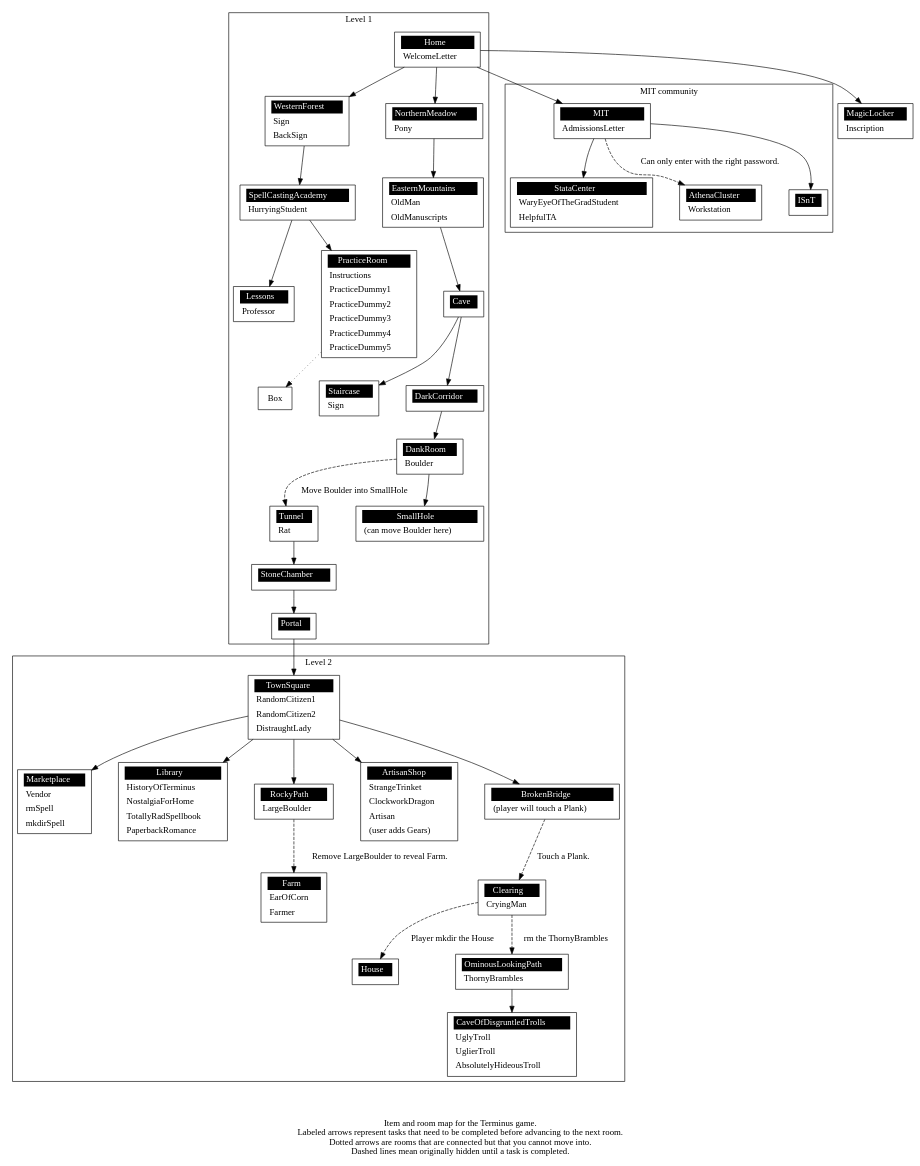
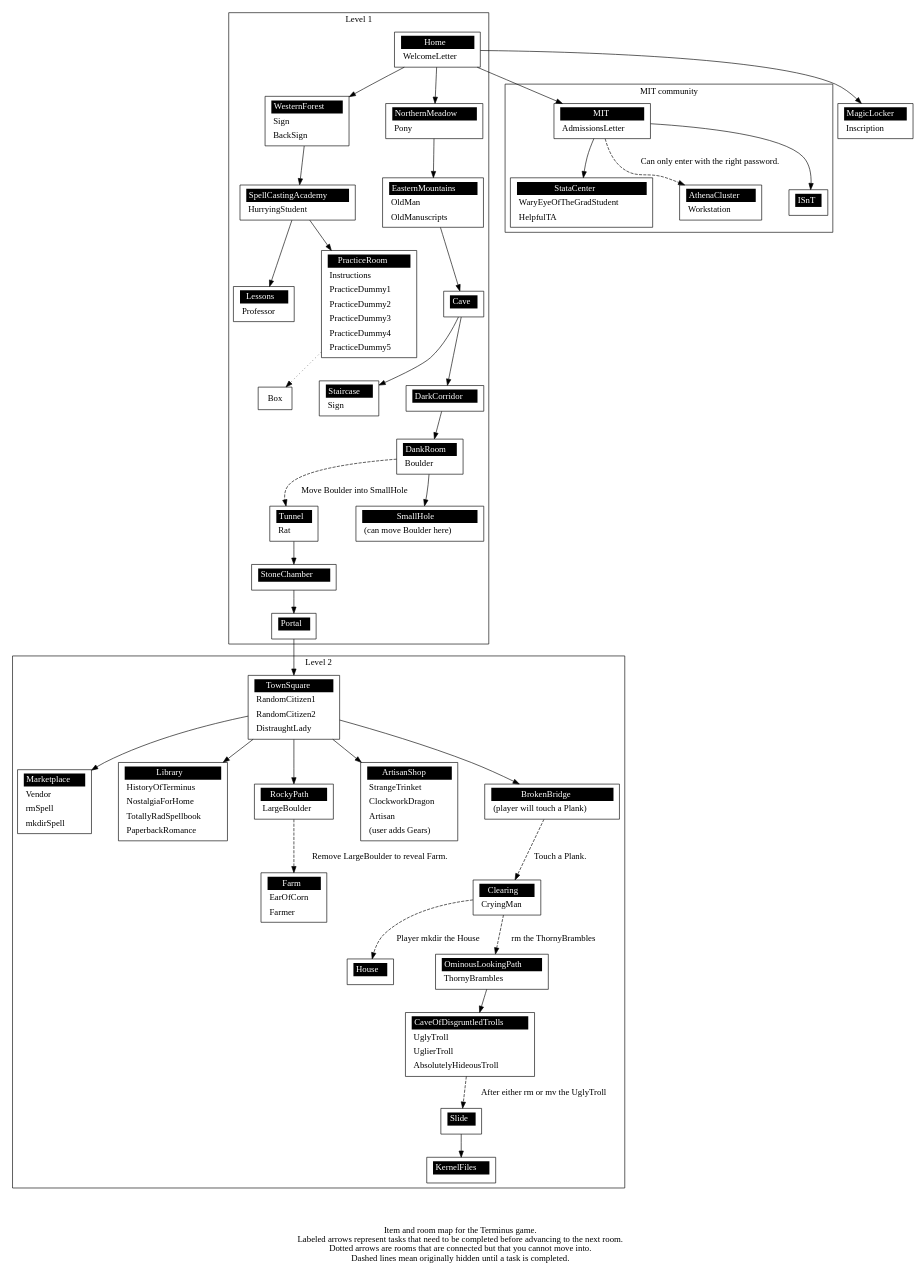
The diagram in docs/level_map.gv (mprat/Terminus), drawn with Graphviz before and after one commit. The commit also changed 4 other files, not shown here.

Commit message:
slide and kernel files set up with ugly troll

```diff
--- a/docs/level_map.gv
+++ b/docs/level_map.gv
@@ -215,6 +215,18 @@
 	<tr><td align="left" port="r0">Inscription</td></tr>
 	</table>>];
 
+	"Slide" [label = 
+	<<table border="0" cellborder="0" cellpadding="3" bgcolor="white"><tr>
+	<td bgcolor="black" align="center" colspan="2"><font color="white">Slide</font></td></tr>
+	<tr><td align="left" port="r0"></td></tr>
+	</table>>];
+
+	"KernelFiles" [label = 
+	<<table border="0" cellborder="0" cellpadding="3" bgcolor="white"><tr>
+	<td bgcolor="black" align="center" colspan="2"><font color="white">KernelFiles</font></td></tr>
+	<tr><td align="left" port="r0"></td></tr>
+	</table>>];
+
 	subgraph cluster_level1{
 		"Home" -> "WesternForest";
 		"Home" -> "NorthernMeadow";
@@ -247,6 +259,8 @@
 		"Clearing" -> "OminousLookingPath" [style="dashed", label="rm the ThornyBrambles"];
 		"Clearing" -> "House" [style="dashed", label="Player mkdir the House"];
 		"OminousLookingPath" -> "CaveOfDisgruntledTrolls";
+		"Slide" -> "KernelFiles";
+		"CaveOfDisgruntledTrolls" -> "Slide" [style="dashed", label="After either rm or mv the UglyTroll"];
 	}
 
 	subgraph cluster_mit{
```
